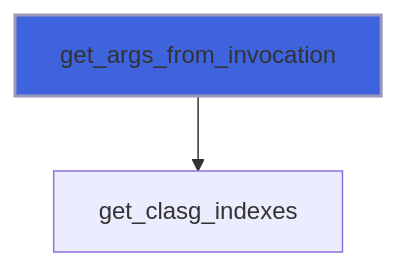
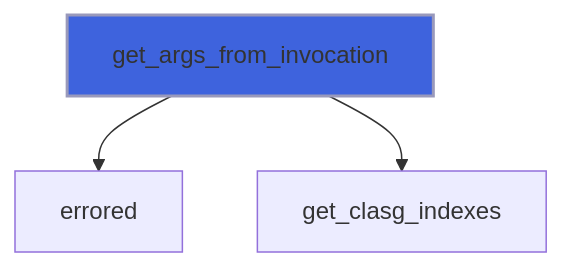
Diagram 19 of 57 in docs/api/src/lib/flap_command_line_interface_t.md (szaghi/FLAP), drawn with Mermaid before and after one commit. The commit also changed other lines of this file and 17 other files, not shown here.

````diff
--- a/docs/api/src/lib/flap_command_line_interface_t.md
+++ b/docs/api/src/lib/flap_command_line_interface_t.md
@@ -519,5 +791,6 @@
 ```mermaid
 flowchart TD
+  get_args_from_invocation["get_args_from_invocation"] --> errored["errored"]
   get_args_from_invocation["get_args_from_invocation"] --> get_clasg_indexes["get_clasg_indexes"]
   style get_args_from_invocation fill:#3e63dd,stroke:#99b,stroke-width:2px
 ```
````
